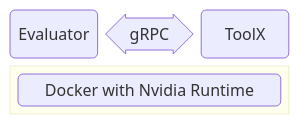
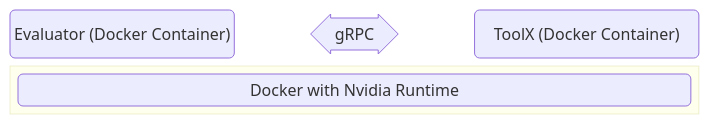
Before and after one commit to christianbirchler-org/sdc-testing-competition: the first of 2 diagrams in COMPETITION.md, drawn with Mermaid.

Commit message:
adjust labels

````diff
--- a/COMPETITION.md
+++ b/COMPETITION.md
@@ -28,11 +28,11 @@
 ```mermaid
 block-beta
   columns 3
-  d("Evaluator"):1
+  d("Evaluator (Docker Container)"):1
   blockArrowId5<["gRPC"]>(x)
-  g("ToolX"):1
+  g("ToolX (Docker Container)"):1
   block:group3:3
     docker("Docker with Nvidia Runtime")
   end
 
 ```
````
